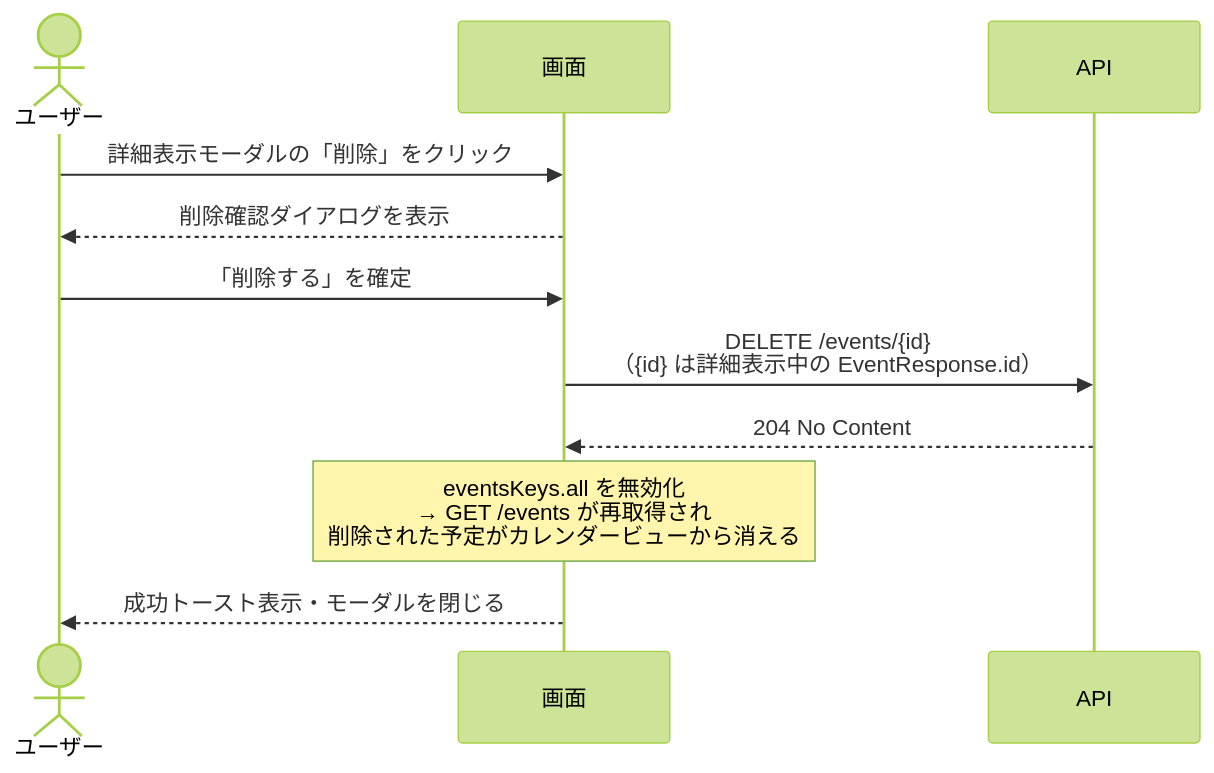
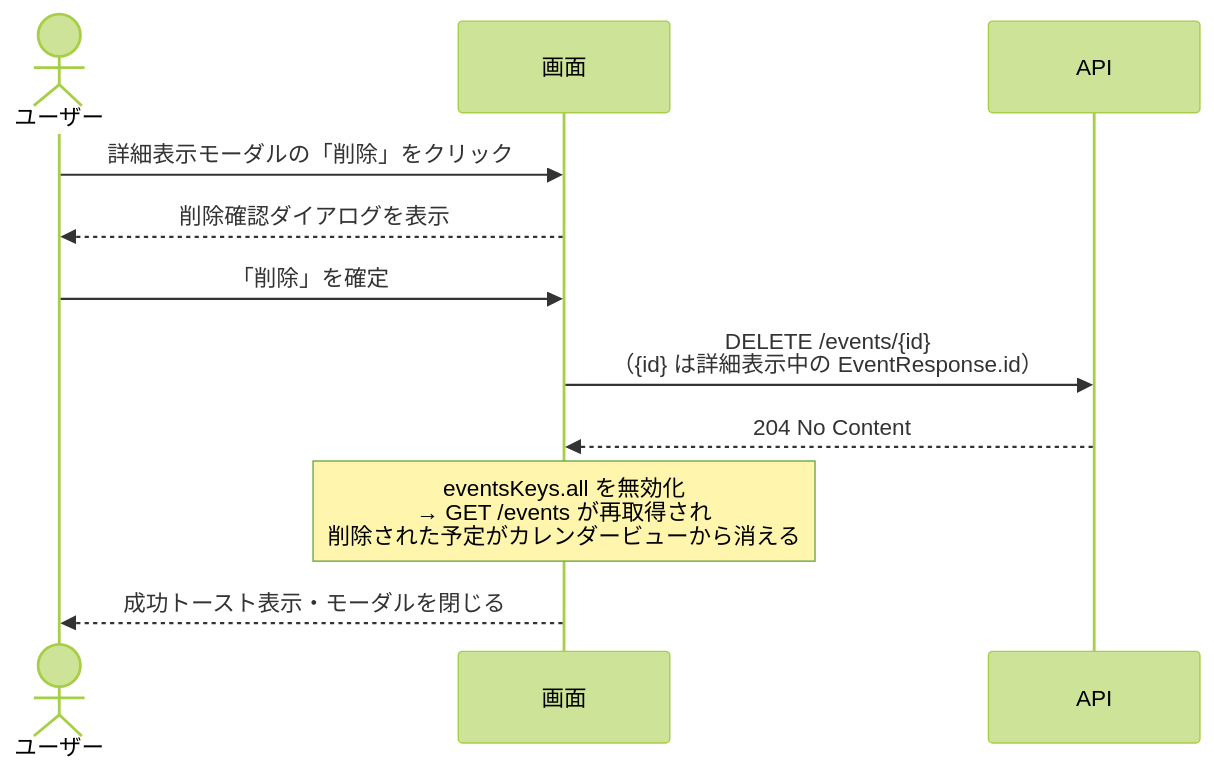
The third of 3 diagrams in docs/spec/SPEC-003-event-management.md (Haya372/ai-trial), drawn with Mermaid (forest theme) before and after one commit. The commit also changed other lines of this file, not shown here.

````diff
--- a/docs/spec/SPEC-003-event-management.md
+++ b/docs/spec/SPEC-003-event-management.md
@@ -238,14 +238,14 @@
 ```mermaid
 sequenceDiagram
     actor User as ユーザー
     participant UI as 画面
     participant API as API
 
     User->>UI: 詳細表示モーダルの「削除」をクリック
     UI-->>User: 削除確認ダイアログを表示
-    User->>UI: 「削除する」を確定
+    User->>UI: 「削除」を確定
     UI->>API: DELETE /events/{id}<br/>（{id} は詳細表示中の EventResponse.id）
     API-->>UI: 204 No Content
     Note over UI: eventsKeys.all を無効化<br/>→ GET /events が再取得され<br/>  削除された予定がカレンダービューから消える
     UI-->>User: 成功トースト表示・モーダルを閉じる
 ```
````
